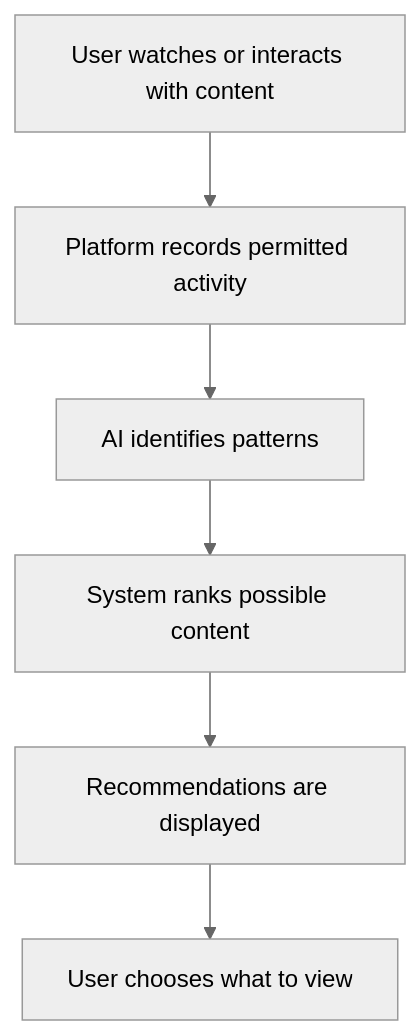
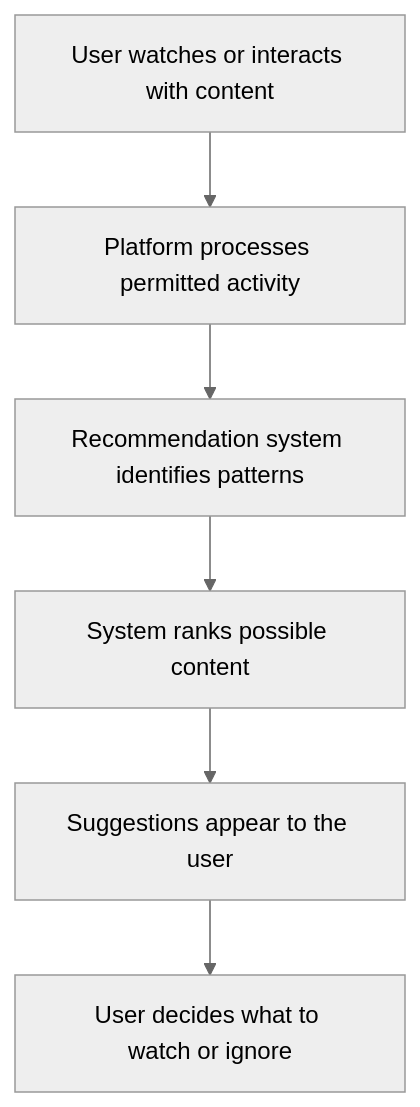
The fifth of 6 diagrams in content/03_applications-of-ai.md (NicolausLionel/SLN), drawn with Mermaid (neutral theme) before and after one commit. The commit also changed other lines of this file, not shown here.

````diff
--- a/content/03_applications-of-ai.md
+++ b/content/03_applications-of-ai.md
@@ -207,8 +438,8 @@
 ```mermaid
 flowchart TD
- A[User watches or interacts with content] --> B[Platform records permitted activity]
- B --> C[AI identifies patterns]
+ A[User watches or interacts with content] --> B[Platform processes permitted activity]
+ B --> C[Recommendation system identifies patterns]
  C --> D[System ranks possible content]
- D --> E[Recommendations are displayed]
- E --> F[User chooses what to view]
+ D --> E[Suggestions appear to the user]
+ E --> F[User decides what to watch or ignore]
 ```
````
